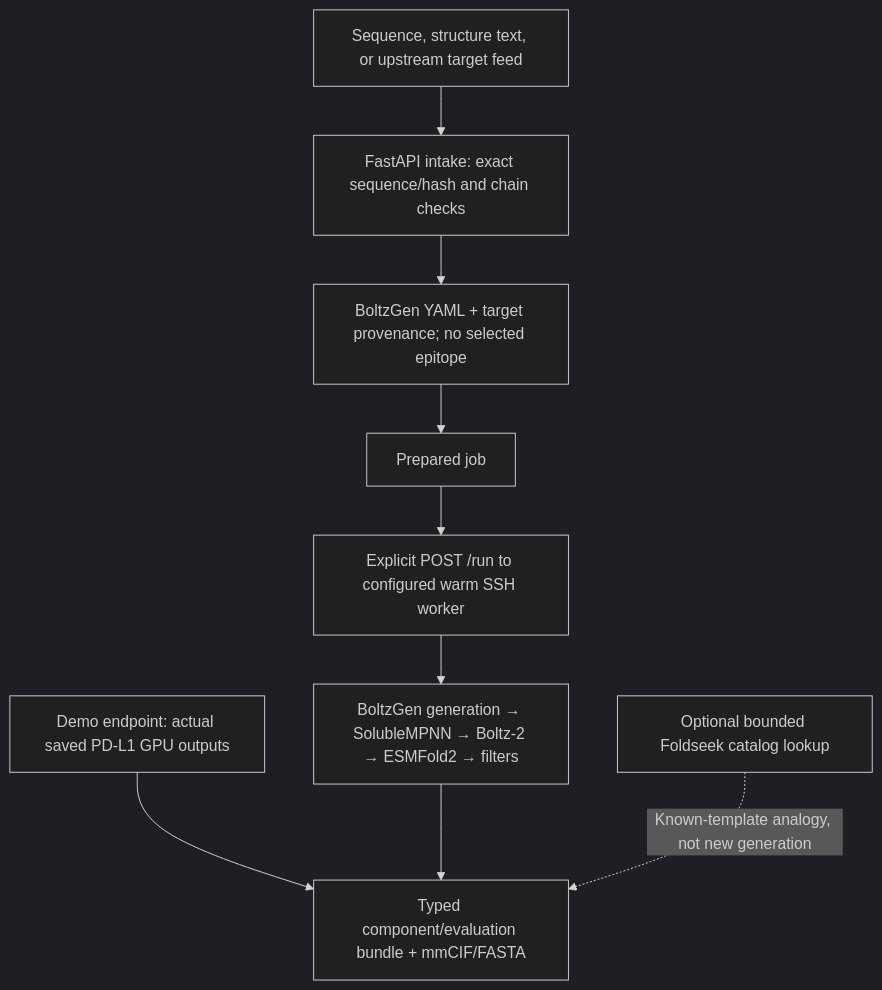
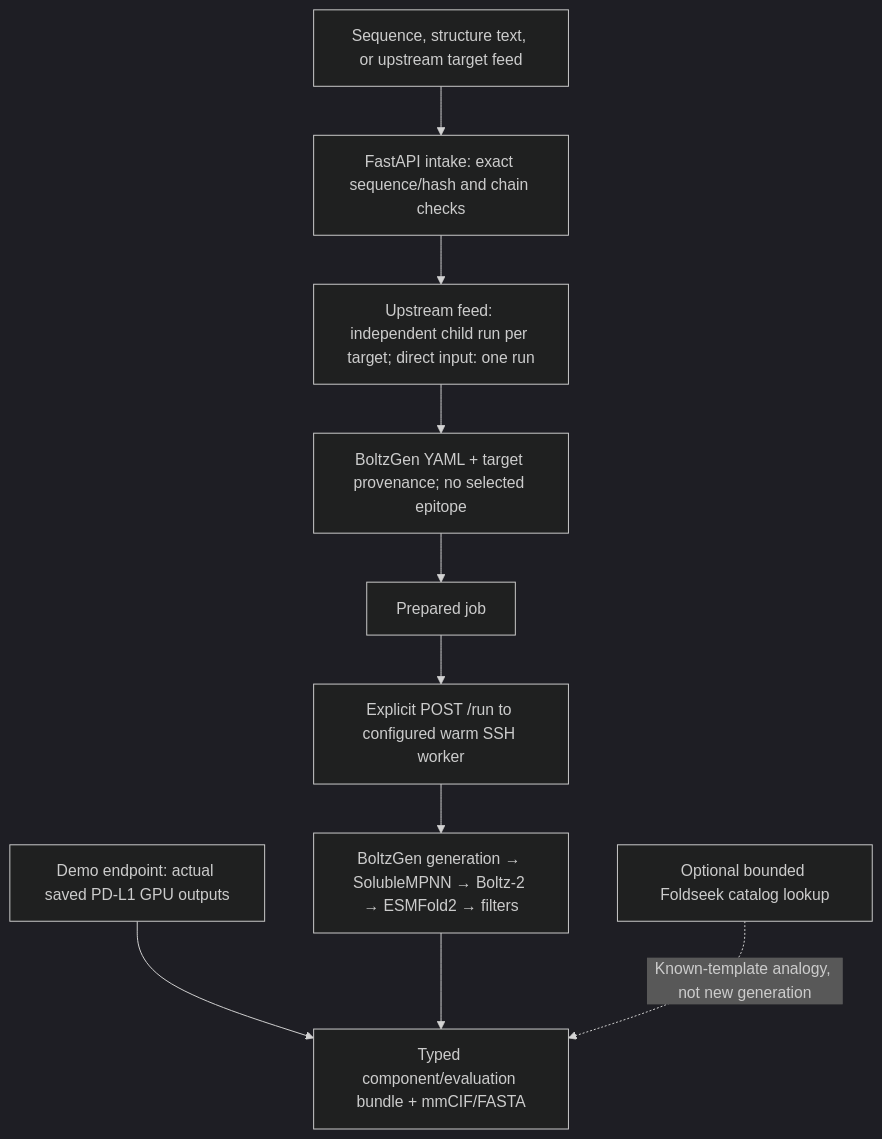
Before and after one commit to bmwoolf/bespoke-bio: the diagram in docs/HACKATHON_HANDOFF.md, drawn with Mermaid (dark theme). The commit also changed other lines of this file and 4 other files, not shown here.

Commit message:
Support independent upstream jobs and downloadable run bundles

````diff
--- a/docs/HACKATHON_HANDOFF.md
+++ b/docs/HACKATHON_HANDOFF.md
@@ -48,11 +48,12 @@
 ```mermaid
 flowchart TD
     A["Sequence, structure text, or upstream target feed"] --> B["FastAPI intake: exact sequence/hash and chain checks"]
-    B --> C["BoltzGen YAML + target provenance; no selected epitope"]
+    B --> U["Upstream feed: independent child run per target; direct input: one run"]
+    U --> C["BoltzGen YAML + target provenance; no selected epitope"]
     C --> D["Prepared job"]
     D --> R["Explicit POST /run to configured warm SSH worker"]
     R --> E["BoltzGen generation → SolubleMPNN → Boltz-2 → ESMFold2 → filters"]
     F["Demo endpoint: actual saved PD-L1 GPU outputs"] --> G["Typed component/evaluation bundle + mmCIF/FASTA"]
     E --> G
     H["Optional bounded Foldseek catalog lookup"] -. "Known-template analogy, not new generation" .-> G
 ```
````
